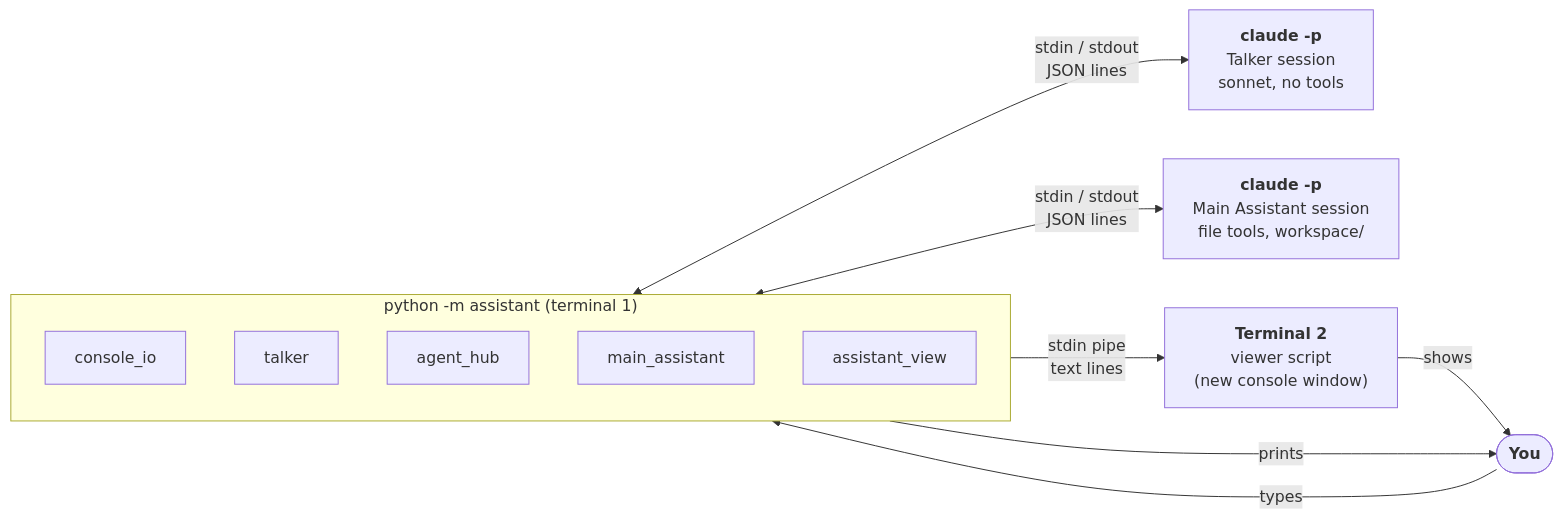
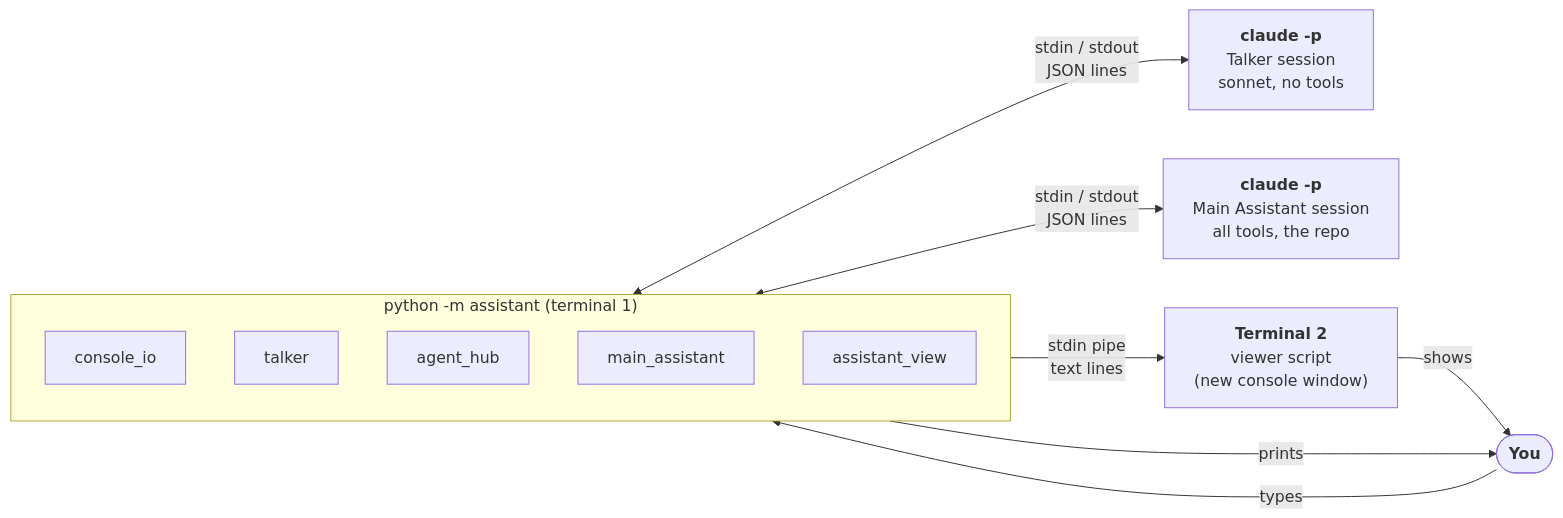
Before and after one commit to sharramon/AI_Assistant: the first of 11 diagrams in docs/agents/runtime.md, drawn with Mermaid. The commit also changed other lines of this file and 51 other files, not shown here.

````diff
--- a/docs/agents/runtime.md
+++ b/docs/agents/runtime.md
@@ -11,22 +11,22 @@
 ```mermaid
 flowchart LR
     You(["<b>You</b>"])
     subgraph App["python -m assistant (terminal 1)"]
         direction TB
         Console["console_io"]
         Talker["talker"]
         Hub["agent_hub"]
         Main["main_assistant"]
         View["assistant_view"]
     end
     TC["<b>claude -p</b><br/>Talker session<br/>sonnet, no tools"]
-    MC["<b>claude -p</b><br/>Main Assistant session<br/>file tools, workspace/"]
+    MC["<b>claude -p</b><br/>Main Assistant session<br/>all tools, the repo"]
     VW["<b>Terminal 2</b><br/>viewer script<br/>(new console window)"]
 
     You -- types --> Console
     Console -- prints --> You
     Talker <-- "stdin / stdout<br/>JSON lines" --> TC
     Main <-- "stdin / stdout<br/>JSON lines" --> MC
     View -- "stdin pipe<br/>text lines" --> VW
     VW -- shows --> You
 ```
````
